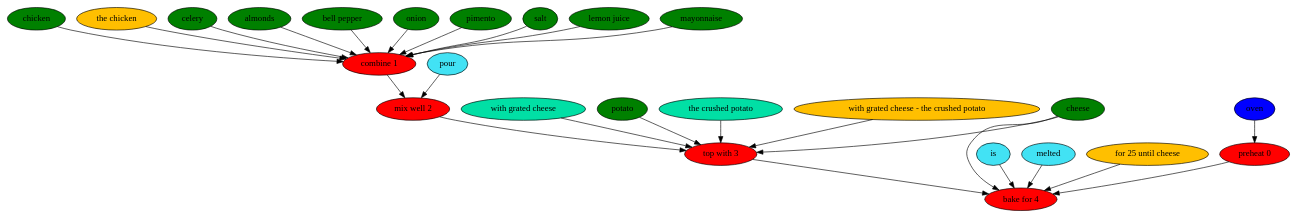
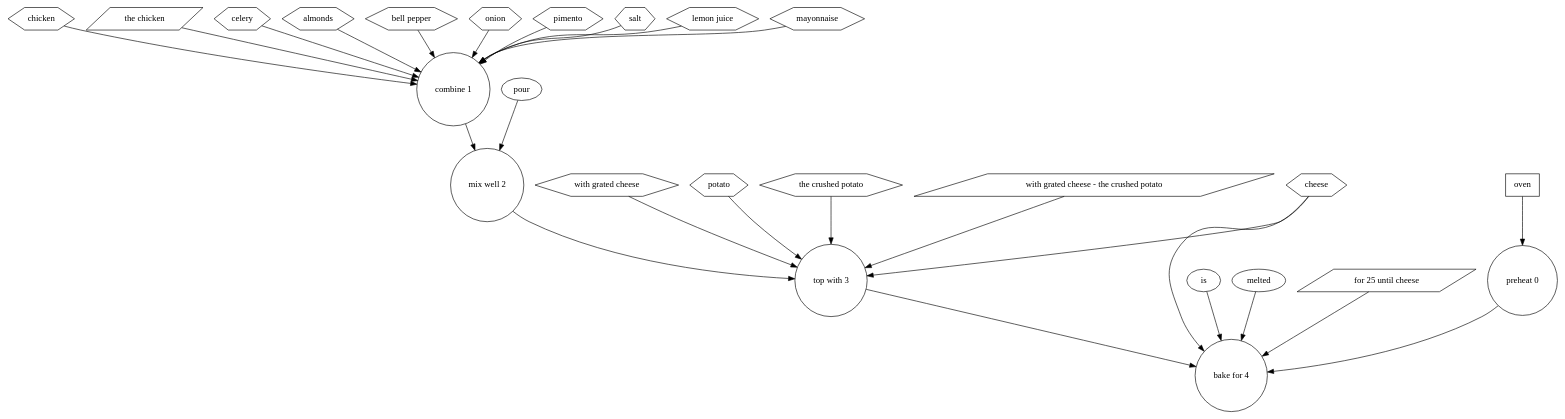
Before and after one commit to can-keklik/RecipePostagger: the diagram in results/paper3/hot-chicken-salad.dot, drawn with Graphviz. The commit also changed 7 other files, not shown here.

Commit message:
change graph without color vision

```diff
--- a/results/paper3/hot-chicken-salad.dot
+++ b/results/paper3/hot-chicken-salad.dot
@@ -1,55 +1,55 @@
 digraph G {
-"preheat 0" [style=filled, fillcolor=red];
-oven [style=filled, fillcolor="#0000ff"];
+"preheat 0" [shape=circle, style=filled, fillcolor=white];
+oven [shape=box, style=filled, fillcolor=white];
 oven -> "preheat 0";
-"combine 1" [style=filled, fillcolor=red];
-chicken [style=filled, fillcolor=green];
+"combine 1" [shape=circle, style=filled, fillcolor=white];
+chicken [shape=hexagon, style=filled, fillcolor=white];
 chicken -> "combine 1";
-"the chicken" [style=filled, fillcolor="#01DFA5"];
+"the chicken" [shape=hexagon, style=filled, fillcolor=white];
 "the chicken" -> "combine 1";
-celery [style=filled, fillcolor=green];
+celery [shape=hexagon, style=filled, fillcolor=white];
 celery -> "combine 1";
-almonds [style=filled, fillcolor=green];
+almonds [shape=hexagon, style=filled, fillcolor=white];
 almonds -> "combine 1";
-"bell pepper" [style=filled, fillcolor=green];
+"bell pepper" [shape=hexagon, style=filled, fillcolor=white];
 "bell pepper" -> "combine 1";
-onion [style=filled, fillcolor=green];
+onion [shape=hexagon, style=filled, fillcolor=white];
 onion -> "combine 1";
-pimento [style=filled, fillcolor=green];
+pimento [shape=hexagon, style=filled, fillcolor=white];
 pimento -> "combine 1";
-salt [style=filled, fillcolor=green];
+salt [shape=hexagon, style=filled, fillcolor=white];
 salt -> "combine 1";
-"lemon juice" [style=filled, fillcolor=green];
+"lemon juice" [shape=hexagon, style=filled, fillcolor=white];
 "lemon juice" -> "combine 1";
-mayonnaise [style=filled, fillcolor=green];
+mayonnaise [shape=hexagon, style=filled, fillcolor=white];
 mayonnaise -> "combine 1";
-"the chicken" [style=filled, fillcolor="#FFBF00"];
-"mix well 2" [style=filled, fillcolor=red];
-pour [style=filled, fillcolor="#42e2f4"];
+"the chicken" [shape=parallelogram, style=filled, fillcolor=white];
+"mix well 2" [shape=circle, style=filled, fillcolor=white];
+pour [shape=ellipse, style=filled, fillcolor=white];
 pour -> "mix well 2";
-"top with 3" [style=filled, fillcolor=red];
-cheese [style=filled, fillcolor=green];
+"top with 3" [shape=circle, style=filled, fillcolor=white];
+cheese [shape=hexagon, style=filled, fillcolor=white];
 cheese -> "top with 3";
-"with grated cheese" [style=filled, fillcolor="#01DFA5"];
+"with grated cheese" [shape=hexagon, style=filled, fillcolor=white];
 "with grated cheese" -> "top with 3";
-potato [style=filled, fillcolor=green];
+potato [shape=hexagon, style=filled, fillcolor=white];
 potato -> "top with 3";
-"the crushed potato" [style=filled, fillcolor="#01DFA5"];
+"the crushed potato" [shape=hexagon, style=filled, fillcolor=white];
 "the crushed potato" -> "top with 3";
-"with grated cheese - the crushed potato" [style=filled, fillcolor="#FFBF00"];
+"with grated cheese - the crushed potato" [shape=parallelogram, style=filled, fillcolor=white];
 "with grated cheese - the crushed potato" -> "top with 3";
-"bake for 4" [style=filled, fillcolor=red];
-is [style=filled, fillcolor="#42e2f4"];
+"bake for 4" [shape=circle, style=filled, fillcolor=white];
+is [shape=ellipse, style=filled, fillcolor=white];
 is -> "bake for 4";
-melted [style=filled, fillcolor="#42e2f4"];
+melted [shape=ellipse, style=filled, fillcolor=white];
 melted -> "bake for 4";
-cheese [style=filled, fillcolor=green];
+cheese [shape=hexagon, style=filled, fillcolor=white];
 cheese -> "bake for 4";
-"for 25 until cheese" [style=filled, fillcolor="#01DFA5"];
+"for 25 until cheese" [shape=hexagon, style=filled, fillcolor=white];
 "for 25 until cheese" -> "bake for 4";
-"for 25 until cheese" [style=filled, fillcolor="#FFBF00"];
+"for 25 until cheese" [shape=parallelogram, style=filled, fillcolor=white];
 "preheat 0" -> "bake for 4";
 "combine 1" -> "mix well 2";
 "mix well 2" -> "top with 3";
 "top with 3" -> "bake for 4";
 }
```
